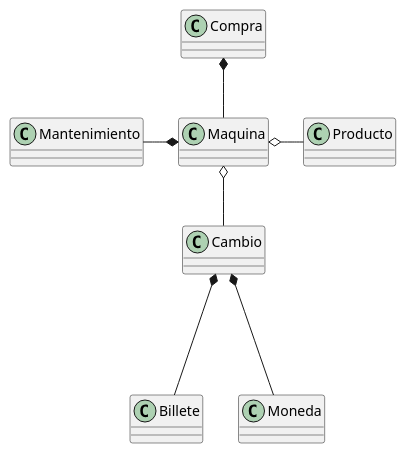
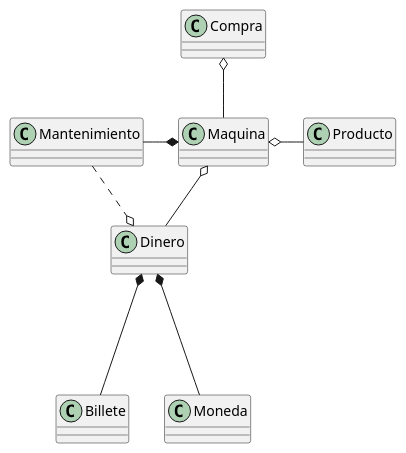
The diagram in Grupo2/modelo-de-dominio/dominio.plantuml (mmasias/IdSw2-22-23), drawn with PlantUML before and after one commit. The commit also changed 5 other files, not shown here.

Commit message:
Actualizacion de los diagramas en base a la primer revision

```diff
--- a/Grupo2/modelo-de-dominio/dominio.plantuml
+++ b/Grupo2/modelo-de-dominio/dominio.plantuml
@@ -1,17 +1,19 @@
 @startuml modelo-de-dominio
 class Maquina
 class Billete
 class Moneda
 class Producto
-class Cambio
+class Dinero
 class Compra
 class Mantenimiento
 
-Maquina -u-* Compra
+Maquina -u-o Compra
 Maquina *--l Mantenimiento
-Maquina o-- Cambio
+Maquina o-- Dinero
 Maquina o---r Producto
 
-Cambio *--- Billete
-Cambio *--- Moneda
+Dinero *--- Billete
+Dinero *--- Moneda
+
+Mantenimiento ...r.o Dinero
 @enduml
```
